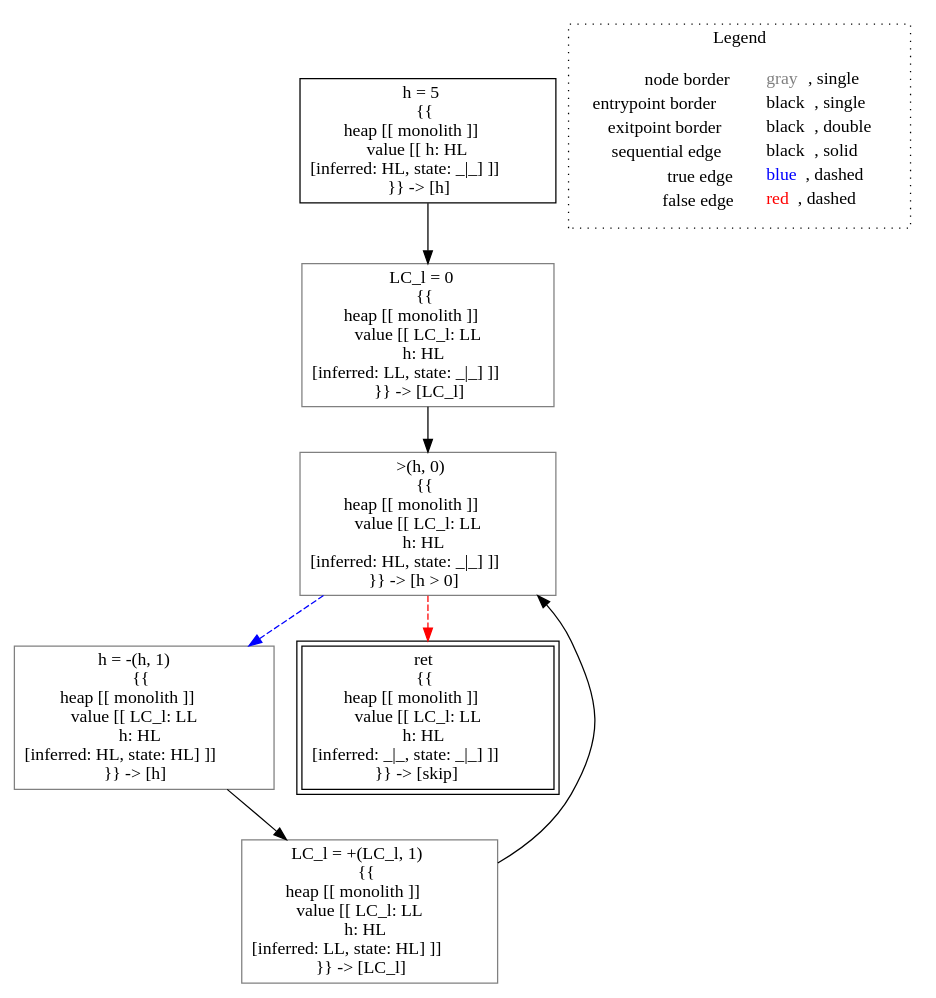
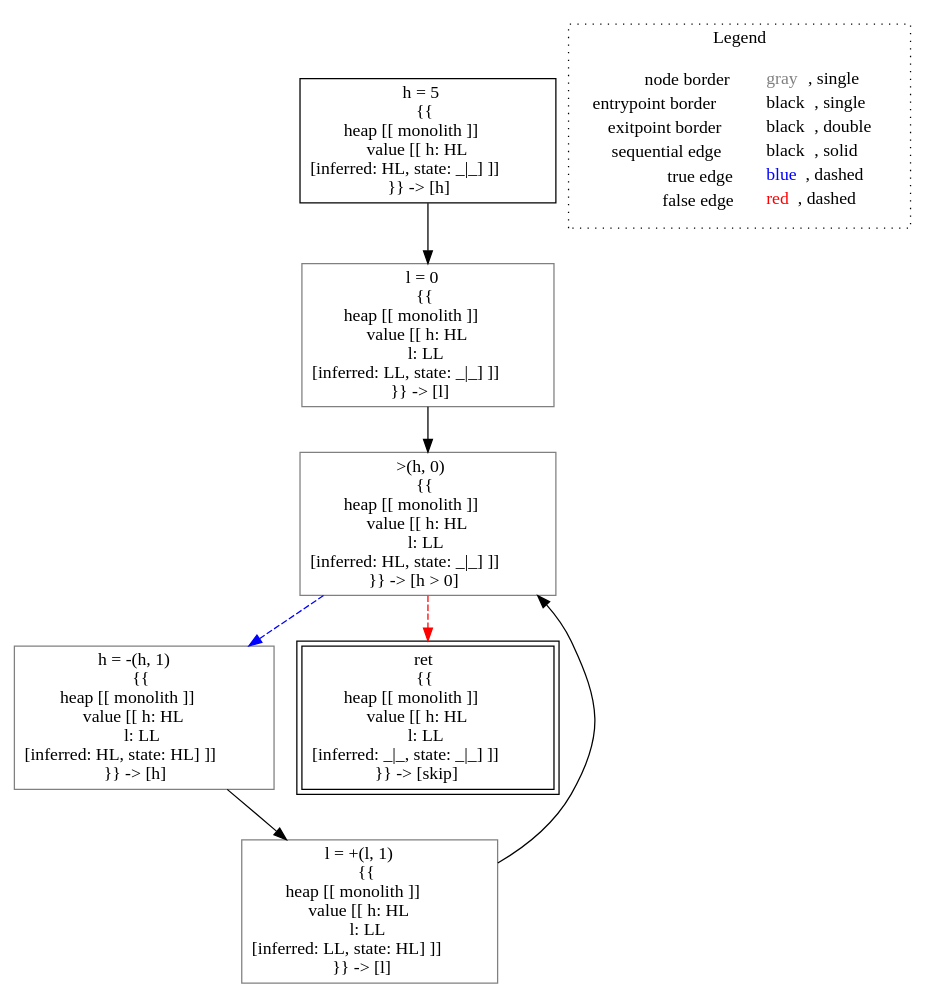
Before and after one commit to lisa-analyzer/lisa: the diagram in lisa/imp-testcases/non-interference/confidentiality/analysis___untyped_Confidentiality.confidentiality_lec7(Confidentiality_this).dot, drawn with Graphviz. The commit also changed 30 other files, not shown here.

```diff
--- a/lisa/imp-testcases/non-interference/confidentiality/analysis___untyped_Confidentiality.confidentiality_lec7(Confidentiality_this).dot
+++ b/lisa/imp-testcases/non-interference/confidentiality/analysis___untyped_Confidentiality.confidentiality_lec7(Confidentiality_this).dot
@@ -1,21 +1,21 @@
 digraph {
 	"node0" [shape="rect",color="black",label=<h = 5<BR/>{{<BR/>heap [[ monolith ]]<BR/>value [[ h: HL<BR/>[inferred: HL, state: _|_] ]]<BR/>}} -&gt; [h]>];
-	"node1" [shape="rect",color="gray",label=<h = -(h, 1)<BR/>{{<BR/>heap [[ monolith ]]<BR/>value [[ LC_l: LL<BR/>h: HL<BR/>[inferred: HL, state: HL] ]]<BR/>}} -&gt; [h]>];
-	"node2" [shape="rect",color="gray",label=<&gt;(h, 0)<BR/>{{<BR/>heap [[ monolith ]]<BR/>value [[ LC_l: LL<BR/>h: HL<BR/>[inferred: HL, state: _|_] ]]<BR/>}} -&gt; [h &gt; 0]>];
-	"node3" [shape="rect",color="black",peripheries="2",label=<ret<BR/>{{<BR/>heap [[ monolith ]]<BR/>value [[ LC_l: LL<BR/>h: HL<BR/>[inferred: _|_, state: _|_] ]]<BR/>}} -&gt; [skip]>];
-	"node4" [shape="rect",color="gray",label=<LC_l = +(LC_l, 1)<BR/>{{<BR/>heap [[ monolith ]]<BR/>value [[ LC_l: LL<BR/>h: HL<BR/>[inferred: LL, state: HL] ]]<BR/>}} -&gt; [LC_l]>];
-	"node5" [shape="rect",color="gray",label=<LC_l = 0<BR/>{{<BR/>heap [[ monolith ]]<BR/>value [[ LC_l: LL<BR/>h: HL<BR/>[inferred: LL, state: _|_] ]]<BR/>}} -&gt; [LC_l]>];
-	"node1" -> "node4" [color="black"];
-	"node0" -> "node5" [color="black"];
-	"node2" -> "node1" [color="blue",style="dashed"];
-	"node2" -> "node3" [color="red",style="dashed"];
-	"node4" -> "node2" [color="black"];
-	"node5" -> "node2" [color="black"];
+	"node1" [shape="rect",color="gray",label=<&gt;(h, 0)<BR/>{{<BR/>heap [[ monolith ]]<BR/>value [[ h: HL<BR/>l: LL<BR/>[inferred: HL, state: _|_] ]]<BR/>}} -&gt; [h &gt; 0]>];
+	"node2" [shape="rect",color="gray",label=<l = 0<BR/>{{<BR/>heap [[ monolith ]]<BR/>value [[ h: HL<BR/>l: LL<BR/>[inferred: LL, state: _|_] ]]<BR/>}} -&gt; [l]>];
+	"node3" [shape="rect",color="gray",label=<h = -(h, 1)<BR/>{{<BR/>heap [[ monolith ]]<BR/>value [[ h: HL<BR/>l: LL<BR/>[inferred: HL, state: HL] ]]<BR/>}} -&gt; [h]>];
+	"node4" [shape="rect",color="gray",label=<l = +(l, 1)<BR/>{{<BR/>heap [[ monolith ]]<BR/>value [[ h: HL<BR/>l: LL<BR/>[inferred: LL, state: HL] ]]<BR/>}} -&gt; [l]>];
+	"node5" [shape="rect",color="black",peripheries="2",label=<ret<BR/>{{<BR/>heap [[ monolith ]]<BR/>value [[ h: HL<BR/>l: LL<BR/>[inferred: _|_, state: _|_] ]]<BR/>}} -&gt; [skip]>];
+	"node1" -> "node3" [color="blue",style="dashed"];
+	"node1" -> "node5" [color="red",style="dashed"];
+	"node2" -> "node1" [color="black"];
+	"node3" -> "node4" [color="black"];
+	"node4" -> "node1" [color="black"];
+	"node0" -> "node2" [color="black"];
 subgraph cluster_legend {
 	label="Legend";
 	style=dotted;
 	node [shape=plaintext];
 	"legend" [label=<<table border="0" cellpadding="2" cellspacing="0" cellborder="0"><tr><td align="right">node border&nbsp;</td><td align="left"><font color="gray">gray</font>, single</td></tr><tr><td align="right">entrypoint border&nbsp;</td><td align="left"><font color="black">black</font>, single</td></tr><tr><td align="right">exitpoint border&nbsp;</td><td align="left"><font color="black">black</font>, double</td></tr><tr><td align="right">sequential edge&nbsp;</td><td align="left"><font color="black">black</font>, solid</td></tr><tr><td align="right">true edge&nbsp;</td><td align="left"><font color="blue">blue</font>, dashed</td></tr><tr><td align="right">false edge&nbsp;</td><td align="left"><font color="red">red</font>, dashed</td></tr></table>>];
 }
 
 }
```
